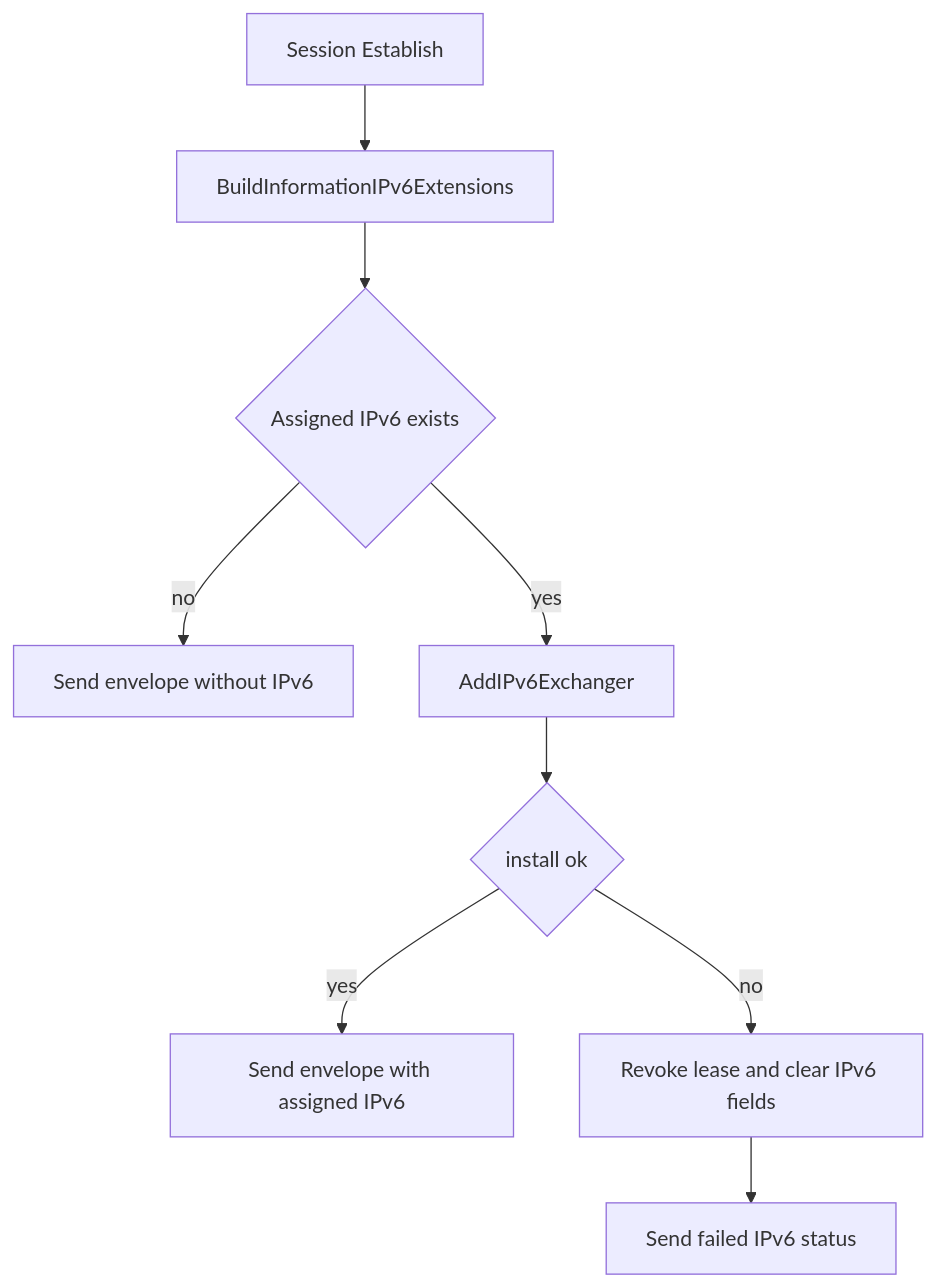
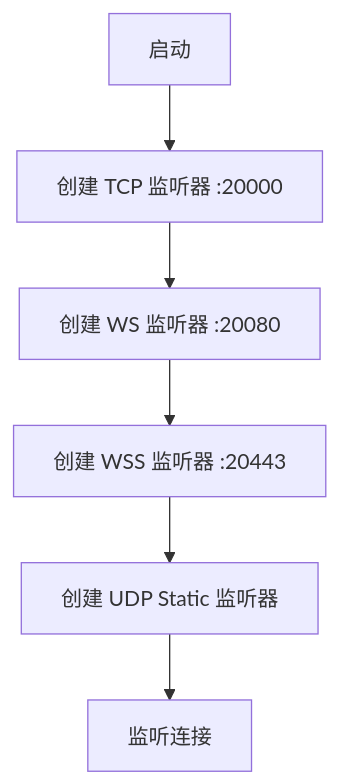
One commit to HyacinthHaru/openppp2 changed the third of 11 diagrams in docs/SERVER_ARCHITECTURE_CN.md. Above: the diagram before and after it, drawn with Mermaid. The commit also changed other lines of this file and 31 other files, not shown here.

````diff
--- a/docs/SERVER_ARCHITECTURE_CN.md
+++ b/docs/SERVER_ARCHITECTURE_CN.md
@@ -265,11 +123,8 @@
 ```mermaid
 flowchart TD
-    A[Session Establish] --> B[BuildInformationIPv6Extensions]
-    B --> C{Assigned IPv6 exists}
-    C -- no --> D[Send envelope without IPv6]
-    C -- yes --> E[AddIPv6Exchanger]
-    E --> F{install ok}
-    F -- yes --> G[Send envelope with assigned IPv6]
-    F -- no --> H[Revoke lease and clear IPv6 fields]
-    H --> I[Send failed IPv6 status]
+    A[启动] --> B[创建 TCP 监听器 :20000]
+    B --> C[创建 WS 监听器 :20080]
+    C --> D[创建 WSS 监听器 :20443]
+    D --> E[创建 UDP Static 监听器]
+    E --> F[监听连接]
 ```
````
